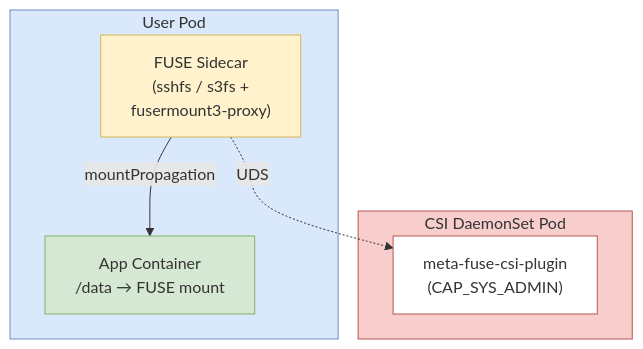
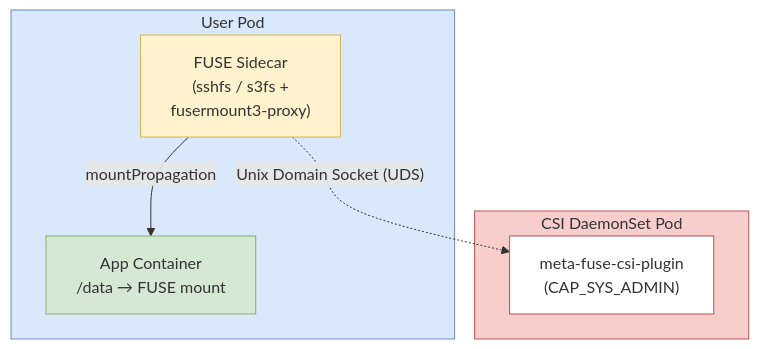
One commit to tak-55/fuse_k8s changed the diagram in README.md. Above: the diagram before and after it, drawn with Mermaid. The commit also changed other lines of this file and 9 other files, not shown here.

````diff
--- a/README.md
+++ b/README.md
@@ -19,20 +19,20 @@
 ```mermaid
 graph TB
     subgraph Pod["User Pod"]
         Sidecar["FUSE Sidecar<br/>(sshfs / s3fs +<br/>fusermount3-proxy)"]
         App["App Container<br/>/data → FUSE mount"]
         Sidecar -- "mountPropagation" --> App
     end
 
     subgraph CSIPod["CSI DaemonSet Pod"]
         CSI["meta-fuse-csi-plugin<br/>(CAP_SYS_ADMIN)"]
     end
 
-    Sidecar -. "UDS" .-> CSI
+    Sidecar -. "Unix Domain Socket (UDS)" .-> CSI
 
     style Pod fill:#dae8fc,stroke:#6c8ebf
     style Sidecar fill:#fff2cc,stroke:#d6b656
     style App fill:#d5e8d4,stroke:#82b366
     style CSIPod fill:#f8cecc,stroke:#b85450
     style CSI fill:#fff,stroke:#b85450
 ```
````
